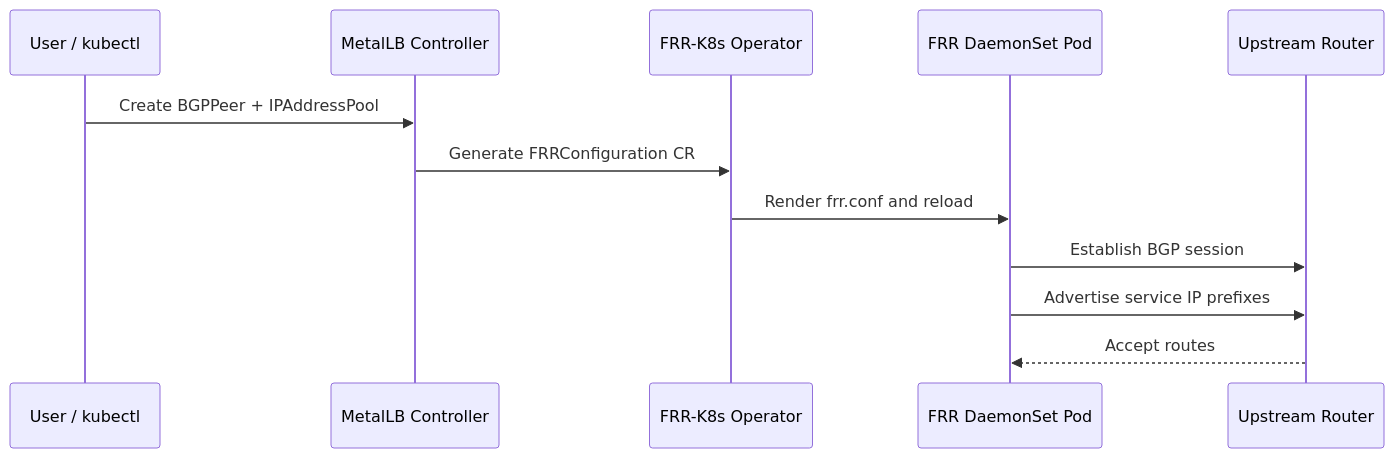
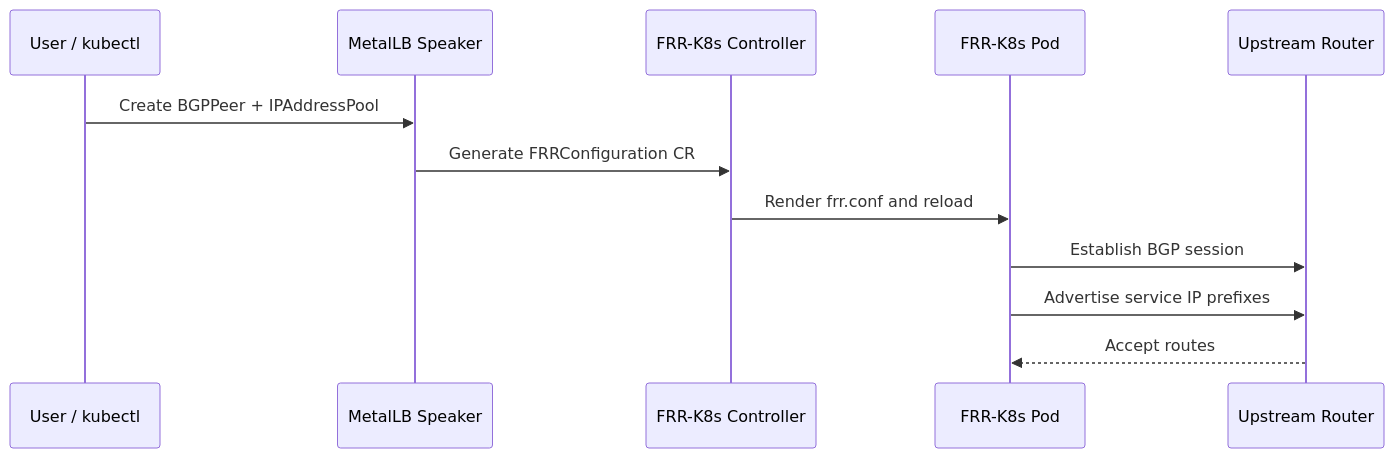
One commit to OneUptime/blog changed the second of 2 diagrams in posts/2026-02-20-metallb-bgp-frr-k8s-mode/README.md. Above: the diagram before and after it, drawn with Mermaid. The commit also changed other lines of this file and 2 other files, not shown here.

Commit message:
validate: 2026-02-20-metallb-bgp-frr-k8s-mode

````diff
--- a/posts/2026-02-20-metallb-bgp-frr-k8s-mode/README.md
+++ b/posts/2026-02-20-metallb-bgp-frr-k8s-mode/README.md
@@ -256,15 +270,15 @@
 ```mermaid
 sequenceDiagram
     participant User as User / kubectl
-    participant MC as MetalLB Controller
-    participant FRRK as FRR-K8s Operator
-    participant FRR as FRR DaemonSet Pod
+    participant MS as MetalLB Speaker
+    participant FRRK as FRR-K8s Controller
+    participant FRR as FRR-K8s Pod
     participant Router as Upstream Router
 
-    User->>MC: Create BGPPeer + IPAddressPool
-    MC->>FRRK: Generate FRRConfiguration CR
+    User->>MS: Create BGPPeer + IPAddressPool
+    MS->>FRRK: Generate FRRConfiguration CR
     FRRK->>FRR: Render frr.conf and reload
     FRR->>Router: Establish BGP session
     FRR->>Router: Advertise service IP prefixes
     Router-->>FRR: Accept routes
 ```
````
